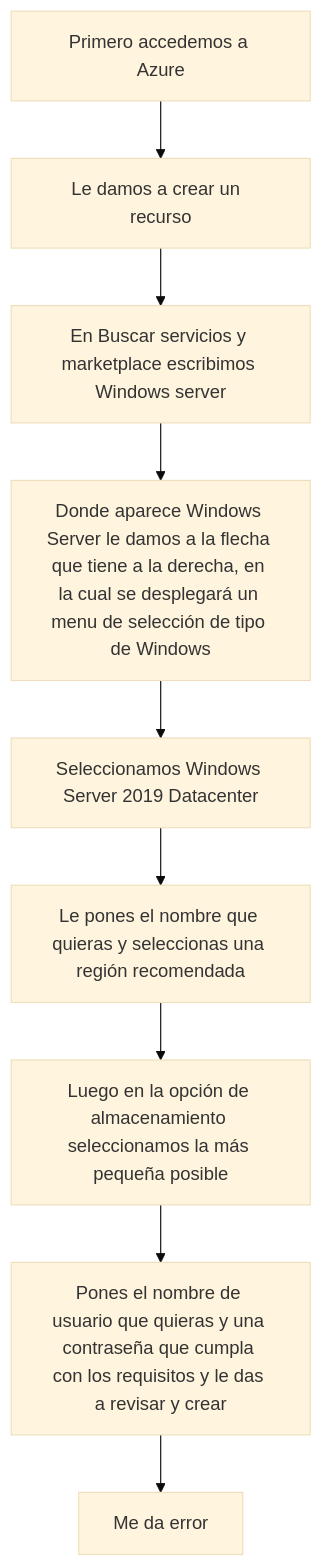
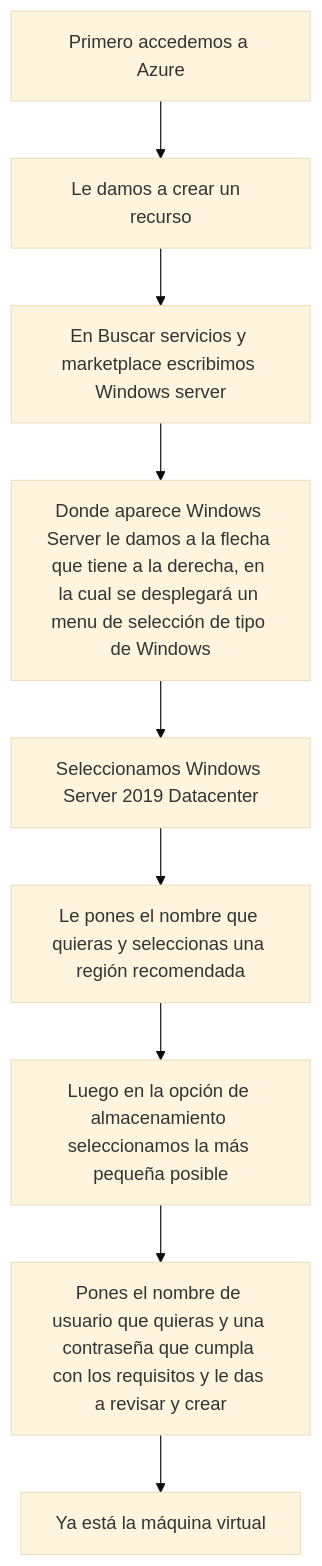
One commit to alegraargalu/SMR2-SOR changed the diagram in Azure.md. Above: the diagram before and after it, drawn with Mermaid (base theme).

Commit message:
Update Azure.md with final status of VM creation

````diff
--- a/Azure.md
+++ b/Azure.md
@@ -3,11 +3,11 @@
 ```mermaid
 flowchart TD
 A[Primero accedemos a Azure]-->B[Le damos a crear un  recurso]
 B-->C[En Buscar servicios y marketplace escribimos Windows server]
 C-->D[Donde aparece Windows Server le damos a la flecha que tiene a la derecha, en la cual se desplegará un menu de selección de tipo de Windows]
 D-->E[Seleccionamos Windows Server 2019 Datacenter]
 E-->F[Le pones el nombre que quieras y seleccionas una región recomendada]
 F-->G[Luego en la opción de almacenamiento seleccionamos la más pequeña posible]
 G-->H[Pones el nombre de usuario que quieras y una contraseña que cumpla con los requisitos y le das a revisar y crear]
-H-->I[Me da error]
+H-->I[Ya está la máquina virtual]
 ```                                                                                                                                                                                                                                                                                                                                                                                                                                                                                                                                                                                                                                                                                                                                                                                                                                                                                                                                                                                                                                                                                                                                                                                                                                                                                                                                                                                                                                                                                                                                                                                                                                                                                                                                                                                                                                                                                                                                                                                                                                                                                                                                                                                                                                                                                                                                                                                                                                                                                                                                                                                                                                                                                                                                                                                                                                                                                                                                                                                                                                                                                                                                                                                                                                                                                                                                                                                                                                                                                                                                                                                                                                                                                                                                                                                                                                                                                                                                                                                                                                                                                                                                                                                                                                                                                                                                                                                                                                                                                                                                                                                                                                                                                                                                                                                                                                                                                                                                                                                                                                                                                                                                                                                                                                                                                                                                                                                                                                                                                                                                                                                                                                                                                                                                                                                                                                                                                                                                                                                                                                                                                                                                                                                                                                                                                                                                                                                                                                                                                                                                                                                                                                                           
````
